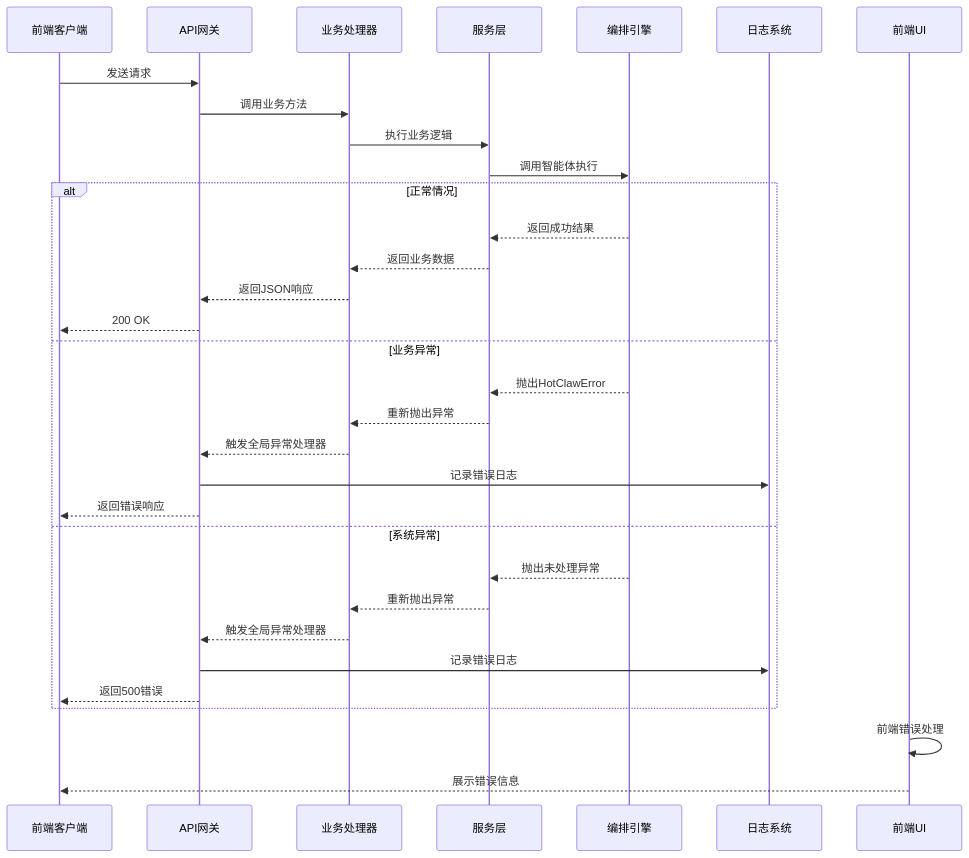
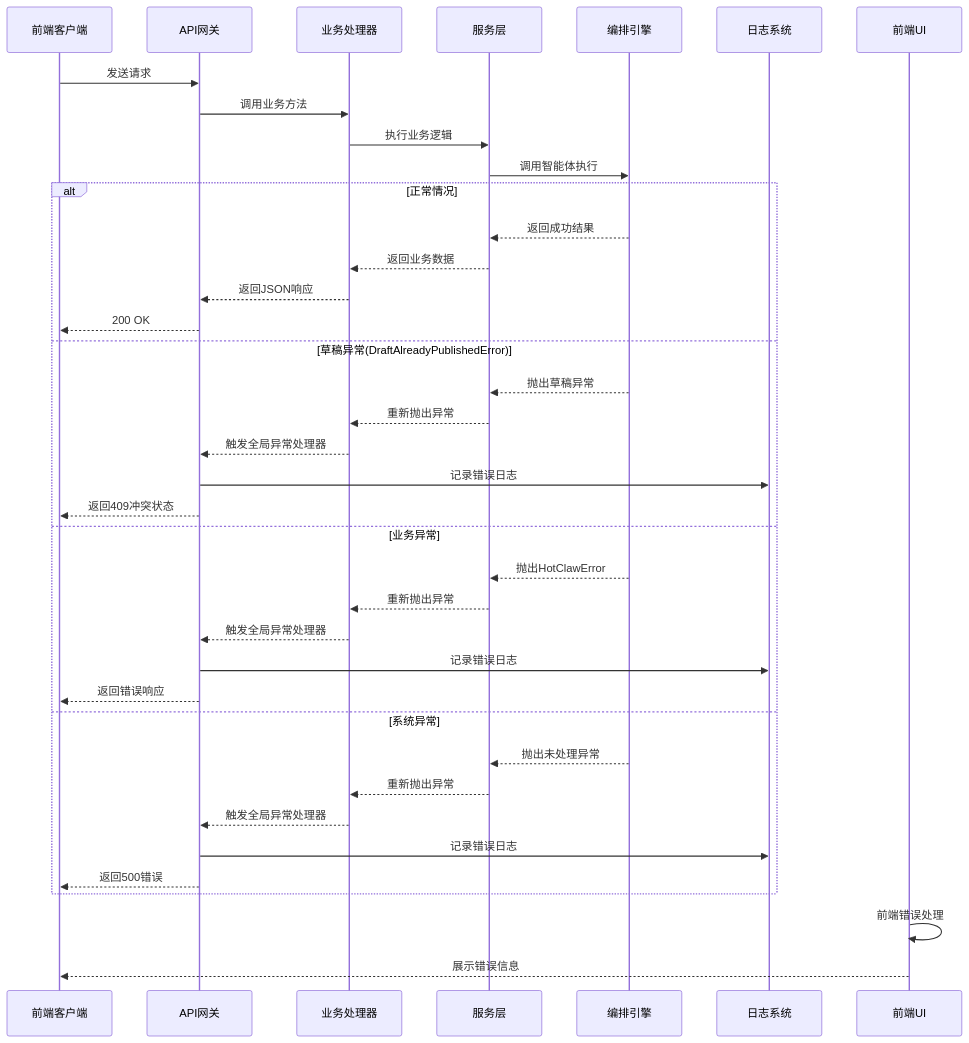
Before and after one commit to sansansansansan2022-web/hotclaw: the third of 13 diagrams in .qoder/repowiki/zh/content/Exception Handling System.md, drawn with Mermaid. The commit also changed other lines of this file and 44 other files, not shown here.

````diff
--- a/.qoder/repowiki/zh/content/Exception Handling System.md
+++ b/.qoder/repowiki/zh/content/Exception Handling System.md
@@ -150,34 +169,40 @@
 ```mermaid
 sequenceDiagram
 participant Client as 前端客户端
 participant API as API网关
 participant Handler as 业务处理器
 participant Service as 服务层
 participant Engine as 编排引擎
 participant Logger as 日志系统
 participant Frontend as 前端UI
 Client->>API : 发送请求
 API->>Handler : 调用业务方法
 Handler->>Service : 执行业务逻辑
 Service->>Engine : 调用智能体执行
 alt 正常情况
 Engine-->>Service : 返回成功结果
 Service-->>Handler : 返回业务数据
 Handler-->>API : 返回JSON响应
 API-->>Client : 200 OK
+else 草稿异常(DraftAlreadyPublishedError)
+Engine-->>Service : 抛出草稿异常
+Service-->>Handler : 重新抛出异常
+Handler-->>API : 触发全局异常处理器
+API->>Logger : 记录错误日志
+API-->>Client : 返回409冲突状态
 else 业务异常
 Engine-->>Service : 抛出HotClawError
 Service-->>Handler : 重新抛出异常
 Handler-->>API : 触发全局异常处理器
 API->>Logger : 记录错误日志
 API-->>Client : 返回错误响应
 else 系统异常
 Engine-->>Service : 抛出未处理异常
 Service-->>Handler : 重新抛出异常
 Handler-->>API : 触发全局异常处理器
 API->>Logger : 记录错误日志
 API-->>Client : 返回500错误
 end
 Frontend->>Frontend : 前端错误处理
 Frontend-->>Client : 展示错误信息
 ```
````
